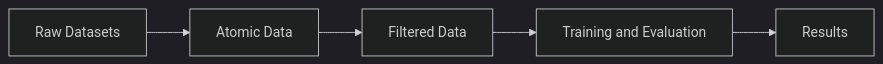
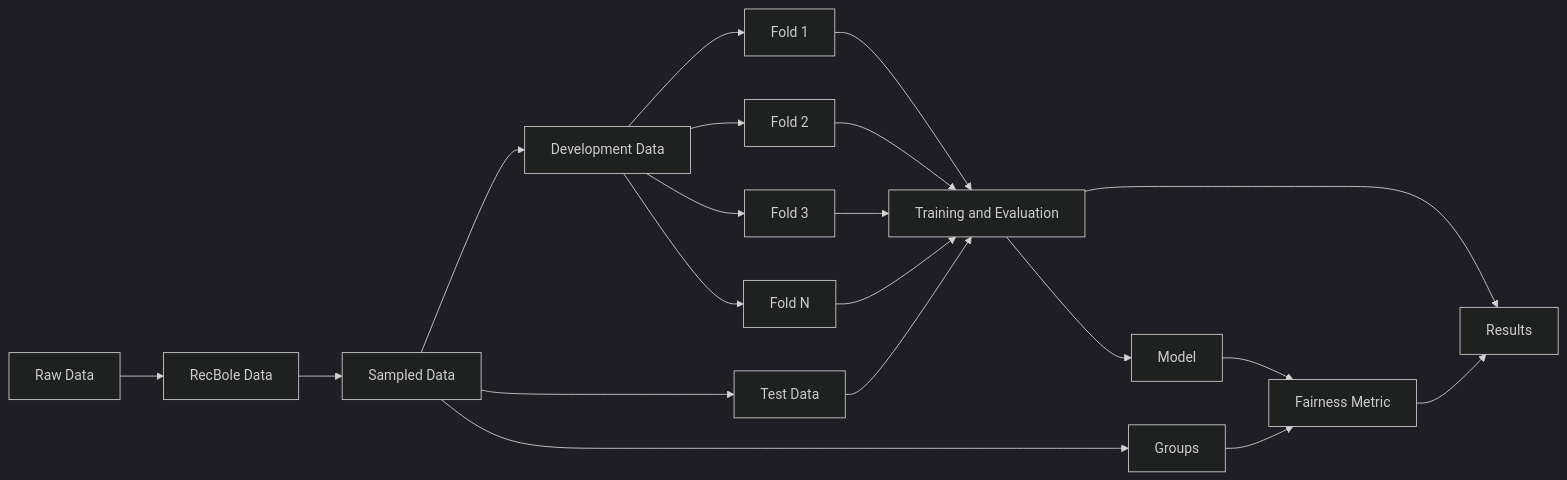
The diagram in README.md (MiguelPim01/recsys-fairness), drawn with Mermaid (dark theme) before and after one commit. The commit also changed other lines of this file and 11 other files, not shown here.

````diff
--- a/README.md
+++ b/README.md
@@ -74,8 +89,29 @@
 ```mermaid
-flowchart LR
-    A["Raw Datasets"] --> B["Atomic Data"]
-    B --> C["Filtered Data"]
+graph LR
+    I["Raw Data"] --> A["RecBole Data"]
+    A --> S["Sampled Data"]
 
-    C --> D["Training and Evaluation"]
-    D --> E["Results"]
+    S --> B["Development Data"]
+    S --> TE["Test Data"]
+
+    B --> F1["Fold 1"]
+    B --> F2["Fold 2"]
+    B --> F3["Fold 3"]
+    B --> FN["Fold N"]
+
+    F1 --> TA["Training and Evaluation"]
+    F2 --> TA
+    F3 --> TA
+    FN --> TA
+
+    TE --> TA
+
+    TA --> R["Results"]
+    TA --> M["Model"]
+
+    S --> GROUP["Groups"]
+    GROUP --> F["Fairness Metric"]
+    M --> F
+
+    F --> R
 ```
````
